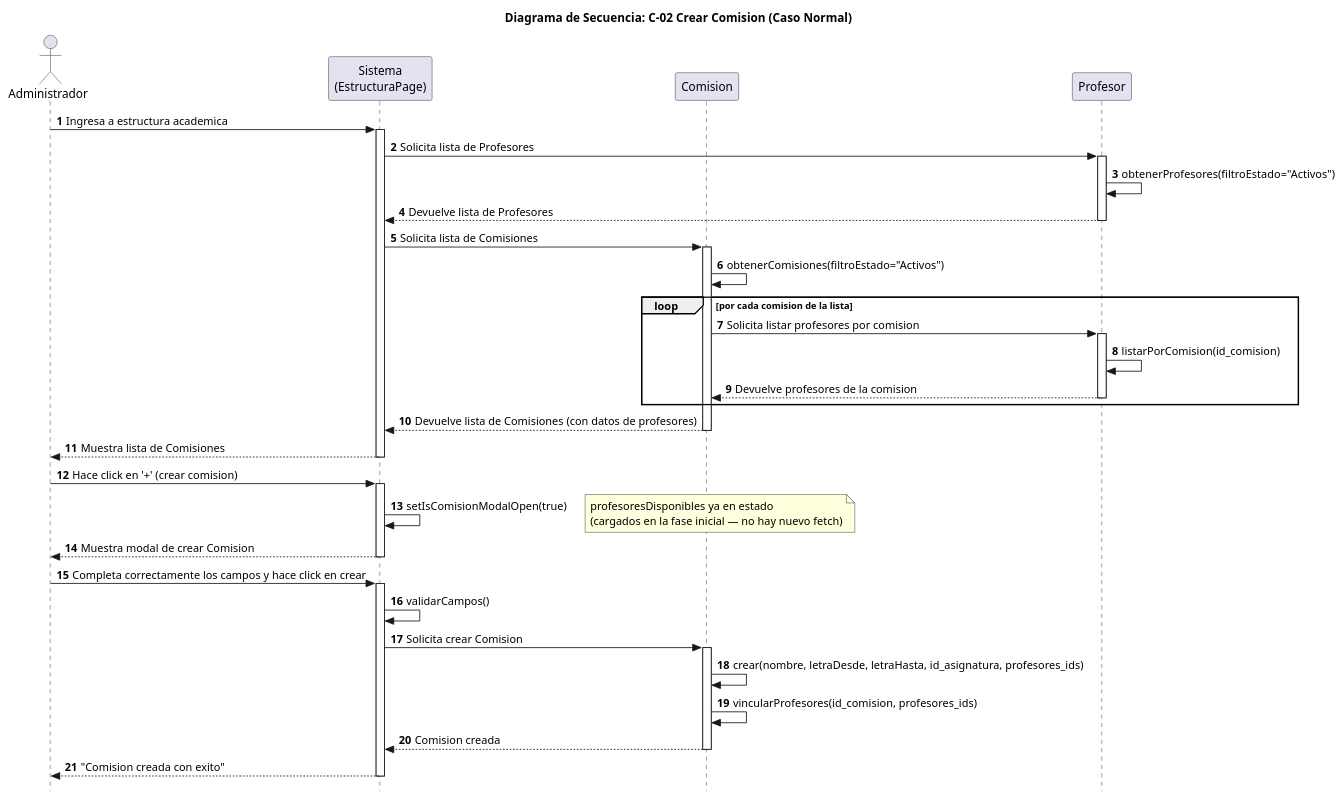
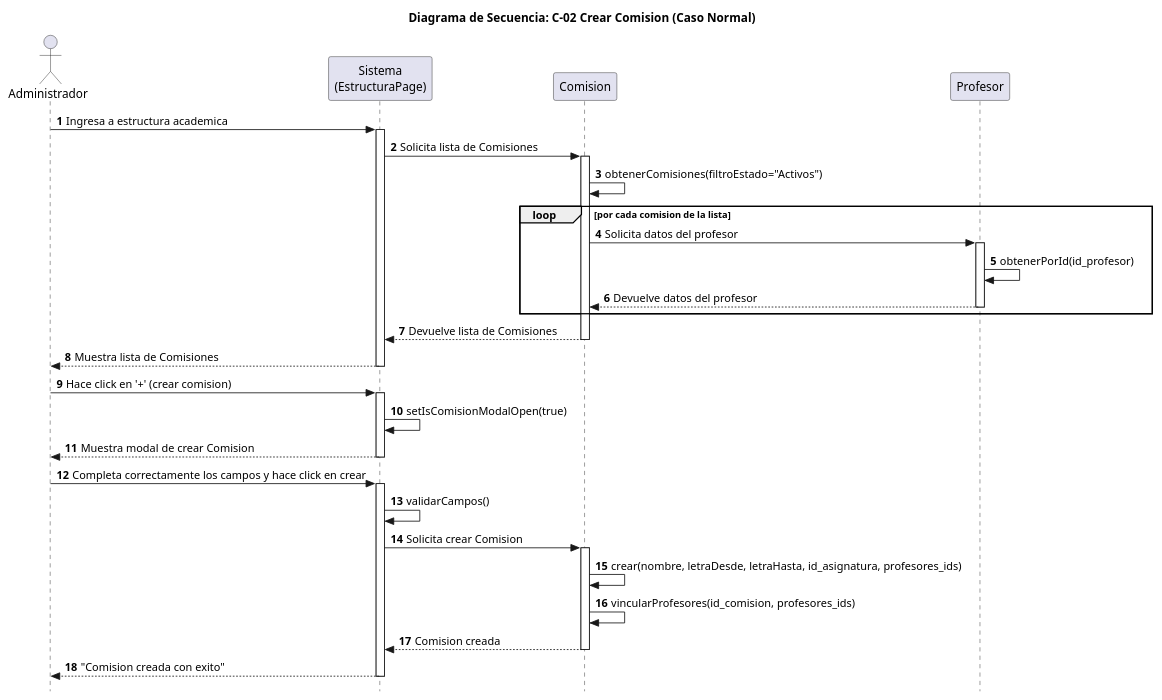
One commit to SantiagoScetti/sic-unne-admin changed the diagram in docs/puml/diagramas_de_Secuencia_Sabrina/C-02Crear Comisión (Caso Normal).puml. Above: the diagram before and after it, drawn with PlantUML. The commit also changed 2 other files, not shown here.

Commit message:
Diagramas y trazabilidad definitivos

```diff
--- a/docs/puml/diagramas_de_Secuencia_Sabrina/C-02Crear Comisión (Caso Normal).puml
+++ b/docs/puml/diagramas_de_Secuencia_Sabrina/C-02Crear Comisión (Caso Normal).puml
@@ -1,73 +1,62 @@
 @startuml
 
 title Diagrama de Secuencia: C-02 Crear Comision (Caso Normal)
 
 skinparam style strictuml
 skinparam ParticipantPadding 30
 skinparam BoxPadding 12
 
 autonumber
 
 actor Administrador
 participant "Sistema\n(EstructuraPage)" as Interfaz
 participant "Comision"                   as Comision
 participant "Profesor"                   as Profesor
 
 ' ─── Carga inicial ────────────────────────────────────────────────────────────
 
 Administrador -> Interfaz: Ingresa a estructura academica
 activate Interfaz
 
-
-  Interfaz -> Profesor: Solicita lista de Profesores
-  activate Profesor
-  Profesor -> Profesor: obtenerProfesores(filtroEstado="Activos")
-  Profesor --> Interfaz: Devuelve lista de Profesores
-  deactivate Profesor
-
   Interfaz -> Comision: Solicita lista de Comisiones
   activate Comision
   Comision -> Comision: obtenerComisiones(filtroEstado="Activos")
   loop por cada comision de la lista
-    Comision -> Profesor: Solicita listar profesores por comision
+    Comision -> Profesor: Solicita datos del profesor
     activate Profesor
-    Profesor -> Profesor: listarPorComision(id_comision)
-    Profesor --> Comision: Devuelve profesores de la comision
+    Profesor -> Profesor: obtenerPorId(id_profesor)
+    Profesor --> Comision: Devuelve datos del profesor
     deactivate Profesor
   end
-  Comision --> Interfaz: Devuelve lista de Comisiones (con datos de profesores)
+  Comision --> Interfaz: Devuelve lista de Comisiones
   deactivate Comision
 
 
 Interfaz --> Administrador: Muestra lista de Comisiones
 deactivate Interfaz
 
 ' ─── Abrir modal de creacion ──────────────────────────────────────────────────
 
 Administrador -> Interfaz: Hace click en '+' (crear comision)
 activate Interfaz
 Interfaz -> Interfaz: setIsComisionModalOpen(true)
-note right
-  profesoresDisponibles ya en estado
-  (cargados en la fase inicial — no hay nuevo fetch)
-end note
 Interfaz --> Administrador: Muestra modal de crear Comision
 deactivate Interfaz
 
 ' ─── Crear comision ───────────────────────────────────────────────────────────
 
 Administrador -> Interfaz: Completa correctamente los campos y hace click en crear
 activate Interfaz
 Interfaz -> Interfaz: validarCampos()
 Interfaz -> Comision: Solicita crear Comision
 activate Comision
 Comision -> Comision: crear(nombre, letraDesde, letraHasta, id_asignatura, profesores_ids)
 
   Comision -> Comision: vincularProfesores(id_comision, profesores_ids)
 
 Comision --> Interfaz: Comision creada
 deactivate Comision
 Interfaz --> Administrador: "Comision creada con exito"
 deactivate Interfaz
 
 @enduml
```
